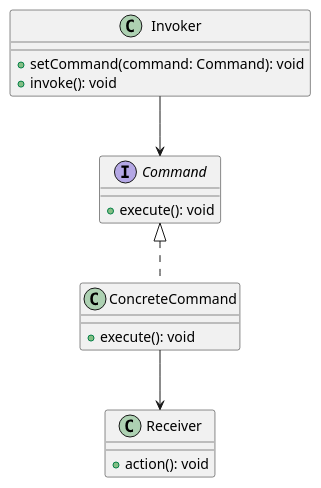
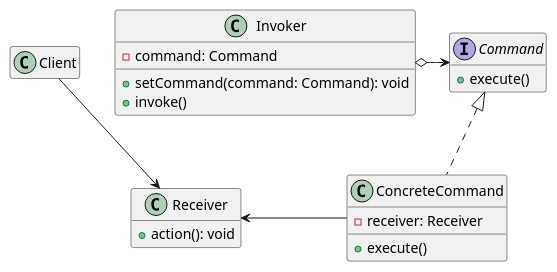
One commit to KubEF/architecture-learn-materials changed the diagram in patterns/comand.pu. Above: the diagram before and after it, drawn with PlantUML. The commit also changed 50 other files, not shown here.

Commit message:
Add and fix diagrams

```diff
--- a/patterns/comand.pu
+++ b/patterns/comand.pu
@@ -1,21 +1,26 @@
 @startuml command
+hide empty members
+class Client{}
 interface Command {
-    +execute(): void
+    +execute()
 }
 
 class ConcreteCommand implements Command {
-    +execute(): void
+    -receiver: Receiver
+    +execute()
 }
 
 class Invoker {
+    -command: Command
     +setCommand(command: Command): void
-    +invoke(): void
+    +invoke()
 }
 
 class Receiver {
     +action(): void
 }
 
-ConcreteCommand --> Receiver
-Invoker --> Command
+Receiver <- ConcreteCommand
+Invoker o-> Command
+Client --> Receiver
 @enduml
```
